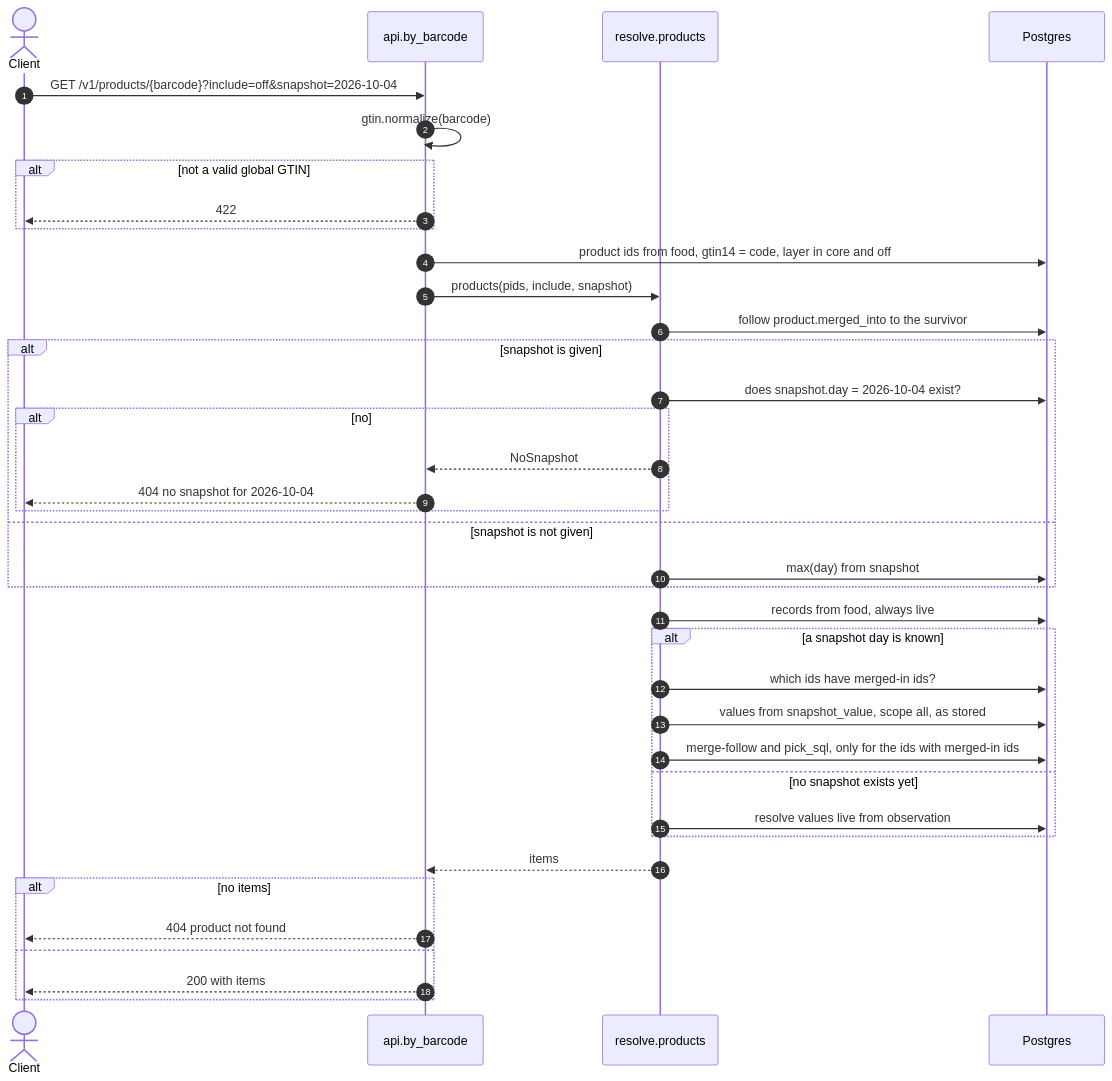
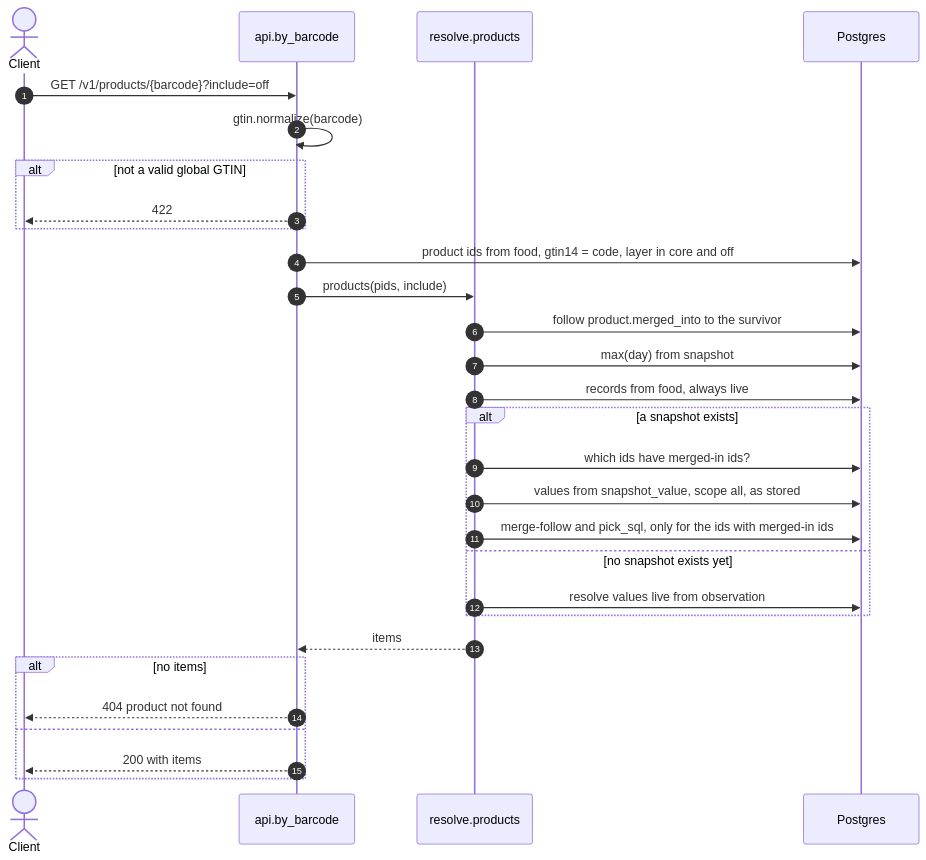
Diagram 12 of 19 in docs/architecture.md (eait-fit/fooddb), drawn with Mermaid before and after one commit. The commit also changed other lines of this file and 20 other files, not shown here.

First line of the commit message:
Keep only the current snapshot: drop date pins and 30-day copies (#86) (#87)

````diff
--- a/docs/architecture.md
+++ b/docs/architecture.md
@@ -1217,39 +1215,31 @@
 ```mermaid
 sequenceDiagram
     autonumber
     actor Cl as Client
     participant A as api.by_barcode
     participant R as resolve.products
     participant P as Postgres
-    Cl->>A: GET /v1/products/{barcode}?include=off&snapshot=2026-10-04
+    Cl->>A: GET /v1/products/{barcode}?include=off
     A->>A: gtin.normalize(barcode)
     alt not a valid global GTIN
         A-->>Cl: 422
     end
     A->>P: product ids from food, gtin14 = code, layer in core and off
-    A->>R: products(pids, include, snapshot)
+    A->>R: products(pids, include)
     R->>P: follow product.merged_into to the survivor
-    alt snapshot is given
-        R->>P: does snapshot.day = 2026-10-04 exist?
-        alt no
-            R-->>A: NoSnapshot
-            A-->>Cl: 404 no snapshot for 2026-10-04
-        end
-    else snapshot is not given
-        R->>P: max(day) from snapshot
-    end
+    R->>P: max(day) from snapshot
     R->>P: records from food, always live
-    alt a snapshot day is known
+    alt a snapshot exists
         R->>P: which ids have merged-in ids?
         R->>P: values from snapshot_value, scope all, as stored
         R->>P: merge-follow and pick_sql, only for the ids with merged-in ids
     else no snapshot exists yet
         R->>P: resolve values live from observation
     end
     R-->>A: items
     alt no items
         A-->>Cl: 404 product not found
     else
         A-->>Cl: 200 with items
     end
 ```
````
